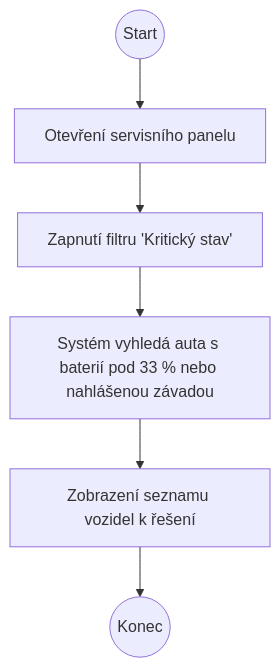
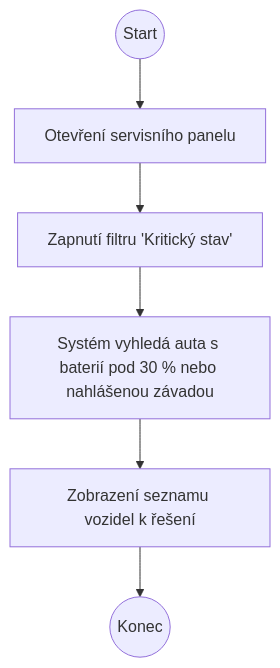
The tenth of 14 diagrams in Full.md (CrimsonRubyRose/KSWI), drawn with Mermaid before and after one commit.

````diff
--- a/Full.md
+++ b/Full.md
@@ -112,8 +112,8 @@
 ```mermaid
 flowchart TD
     Start((Start)) --> OpenApp[Otevření servisního panelu]
     OpenApp --> Filter[Zapnutí filtru 'Kritický stav']
-    Filter --> Query[Systém vyhledá auta s baterií pod 33 % nebo nahlášenou závadou]
+    Filter --> Query[Systém vyhledá auta s baterií pod 30 % nebo nahlášenou závadou]
     Query --> ShowList[Zobrazení seznamu vozidel k řešení]
     ShowList --> End((Konec))
 ```
````
